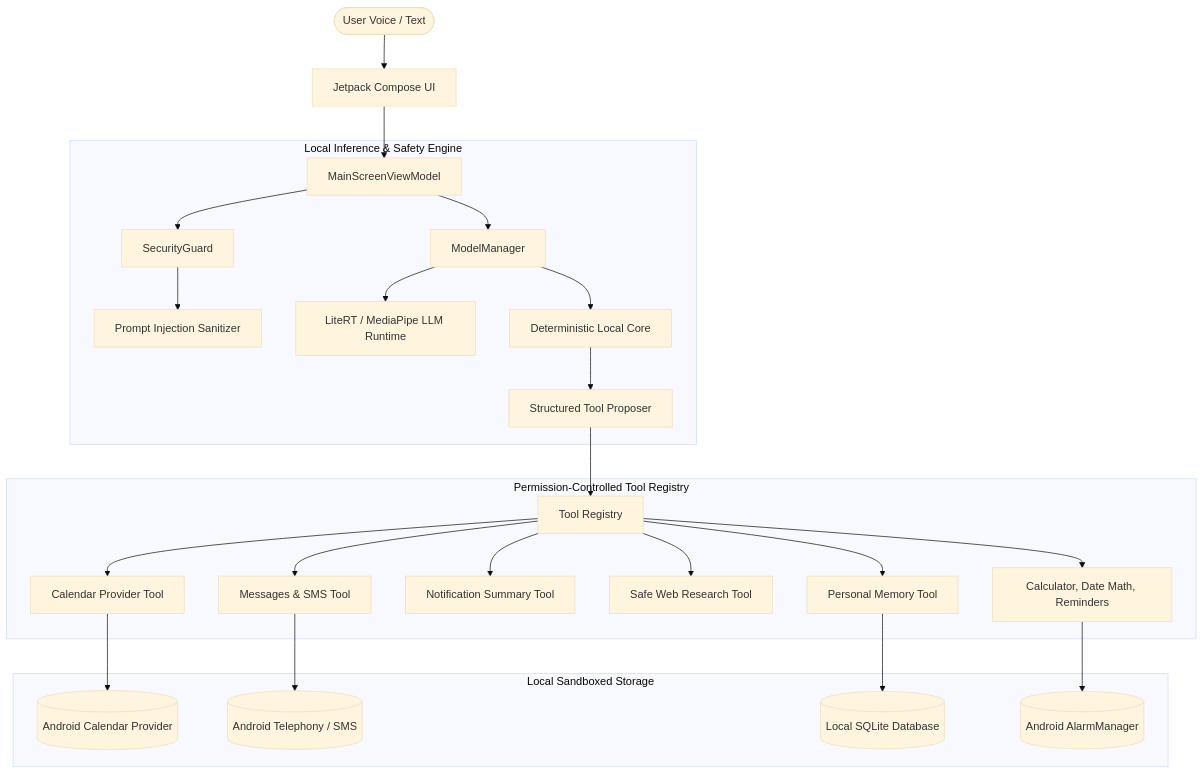
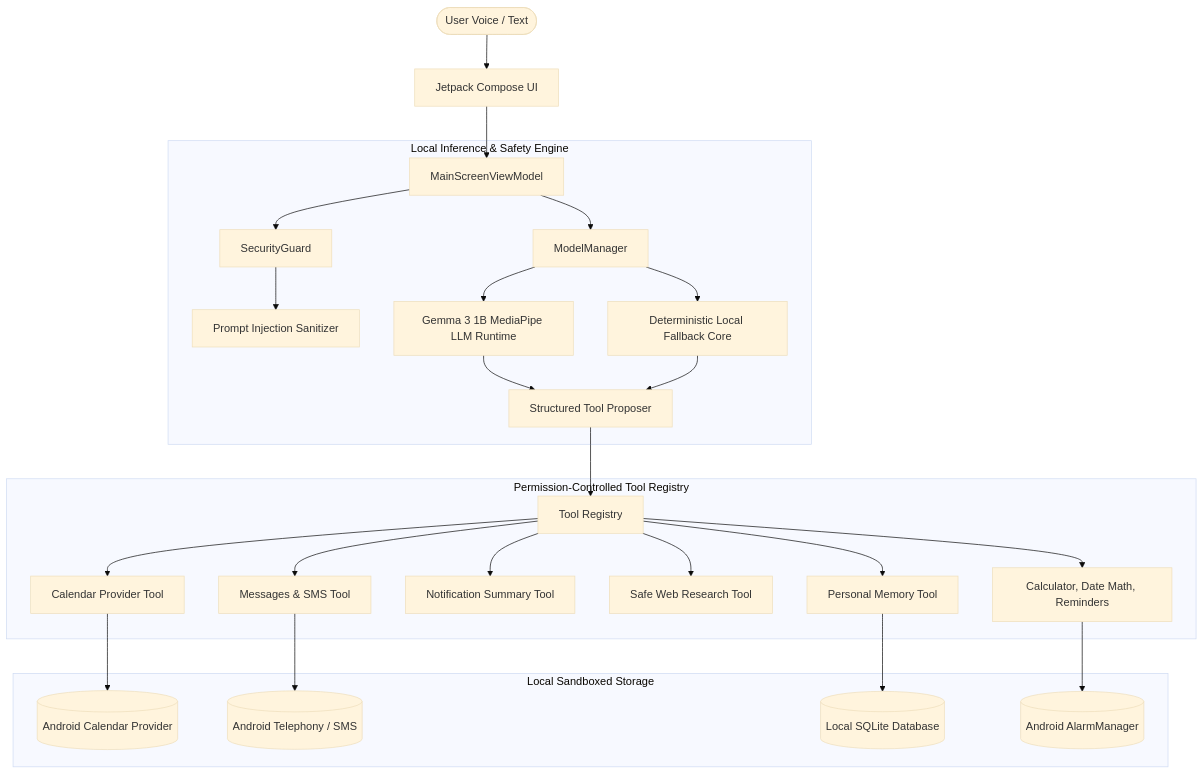
The diagram in README.md (MosetiReagan/Tavi), drawn with Mermaid (base theme) before and after one commit. The commit also changed other lines of this file and 2 other files, not shown here.

````diff
--- a/README.md
+++ b/README.md
@@ -19,31 +19,32 @@
 ```mermaid
 graph TD
     User([User Voice / Text]) --> UI[Jetpack Compose UI]
     UI --> VM[MainScreenViewModel]
     
     subgraph Engine [Local Inference & Safety Engine]
         VM --> SG[SecurityGuard]
         SG --> PromptSanitizer[Prompt Injection Sanitizer]
         VM --> MM[ModelManager]
-        MM --> LLM[LiteRT / MediaPipe LLM Runtime]
-        MM --> Fallback[Deterministic Local Core]
-        Fallback --> ToolProposer[Structured Tool Proposer]
+        MM --> LLM[Gemma 3 1B MediaPipe LLM Runtime]
+        MM --> Fallback[Deterministic Local Fallback Core]
+        LLM --> ToolProposer[Structured Tool Proposer]
+        Fallback --> ToolProposer
     end
 
     subgraph Tools [Permission-Controlled Tool Registry]
         ToolProposer --> TR[Tool Registry]
         TR --> Cal[Calendar Provider Tool]
         TR --> Msg[Messages & SMS Tool]
         TR --> Notif[Notification Summary Tool]
         TR --> Browser[Safe Web Research Tool]
         TR --> Mem[Personal Memory Tool]
         TR --> Everyday[Calculator, Date Math, Reminders]
     end
 
     subgraph Storage [Local Sandboxed Storage]
         Cal --> AndroidCal[(Android Calendar Provider)]
         Msg --> AndroidSms[(Android Telephony / SMS)]
         Mem --> SQLite[(Local SQLite Database)]
         Everyday --> AlarmMgr[(Android AlarmManager)]
     end
 ```
````
